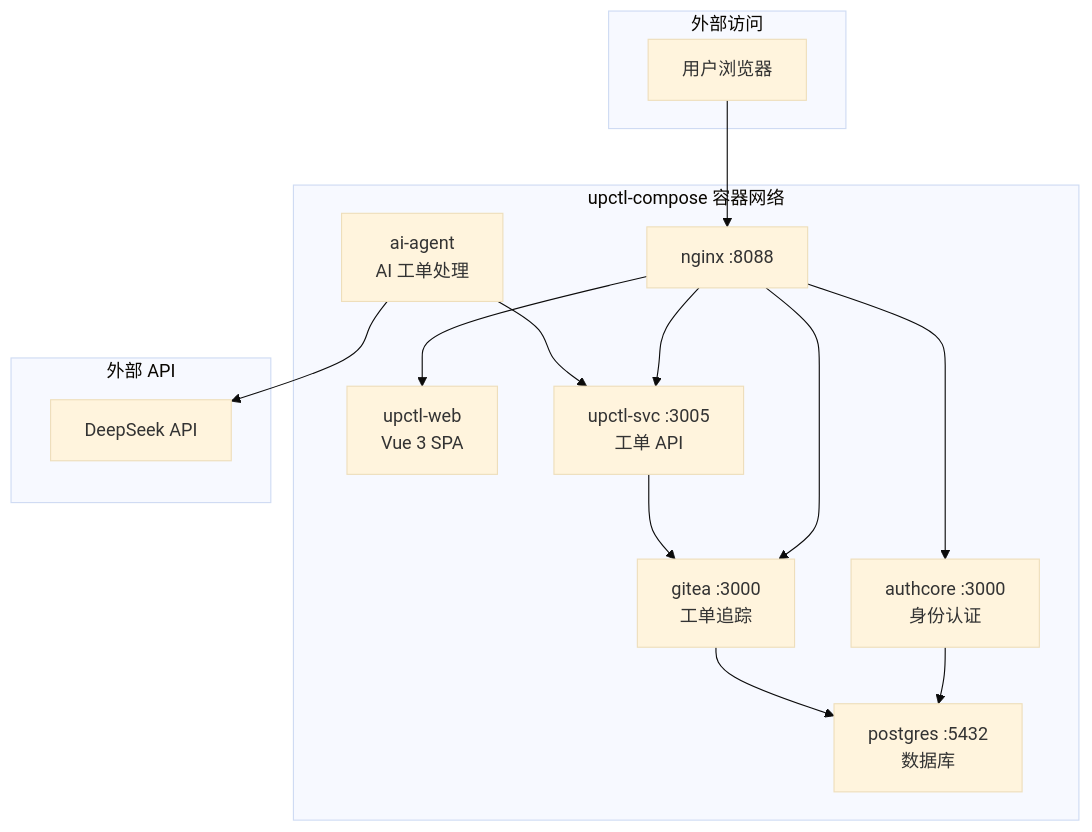
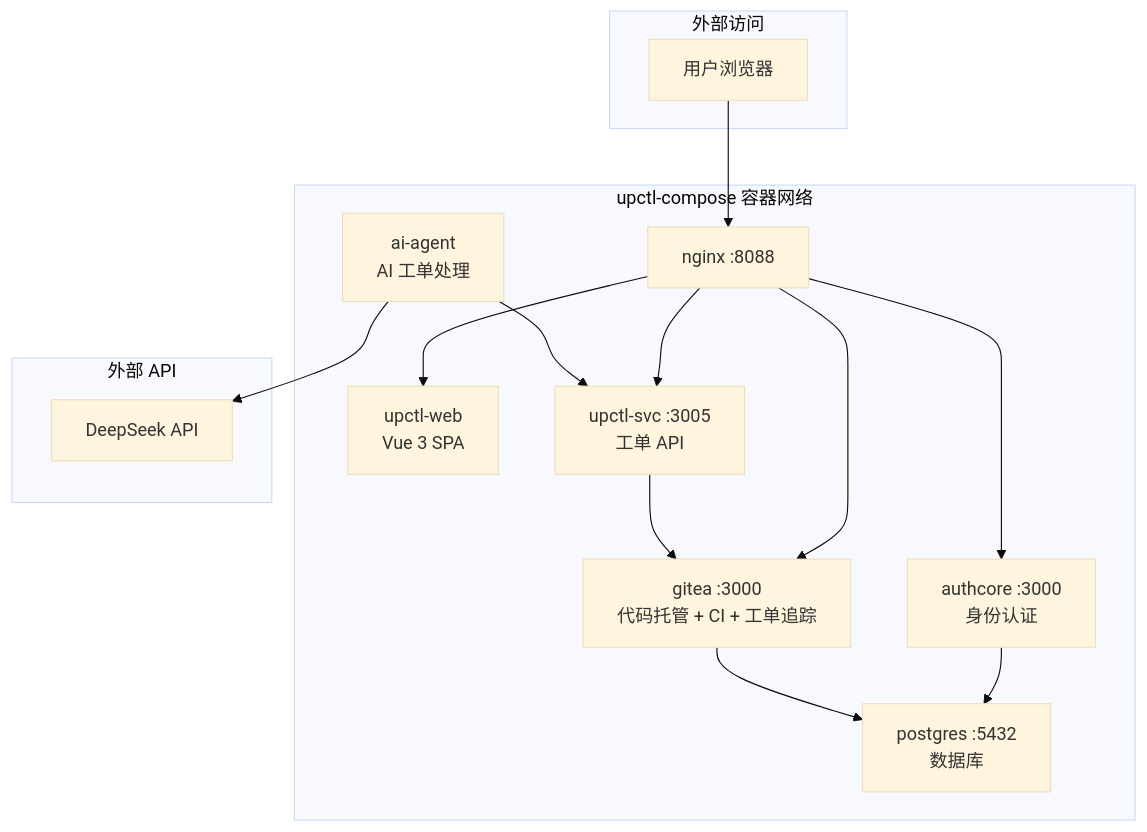
Before and after one commit to alchemy-studio/upctl-compose: the first of 3 diagrams in README.md, drawn with Mermaid (base theme). The commit also changed other lines of this file, not shown here.

First line of the commit message:
docs: comprehensive README update - deployment guide and architecture

````diff
--- a/README.md
+++ b/README.md
@@ -29,31 +145,31 @@
 ```mermaid
 graph TB
     subgraph External [外部访问]
         User[用户浏览器]
     end
 
     subgraph Compose [upctl-compose 容器网络]
         NGX[nginx :8088]
         WEB[upctl-web<br/>Vue 3 SPA]
         AUTH[authcore :3000<br/>身份认证]
         SVC[upctl-svc :3005<br/>工单 API]
         AI[ai-agent<br/>AI 工单处理]
-        GIT[gitea :3000<br/>工单追踪]
+        GIT[gitea :3000<br/>代码托管 + CI + 工单追踪]
         DB[postgres :5432<br/>数据库]
     end
 
     subgraph ExternalAPI [外部 API]
         DEEPSEEK[DeepSeek API]
     end
 
     User --> NGX
     NGX --> WEB
     NGX --> AUTH
     NGX --> SVC
     NGX --> GIT
     SVC --> GIT
     AI --> SVC
     AI --> DEEPSEEK
     AUTH --> DB
     GIT --> DB
 ```
````
